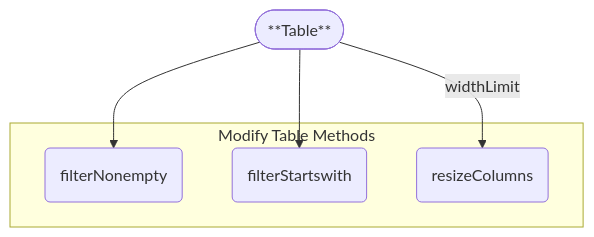
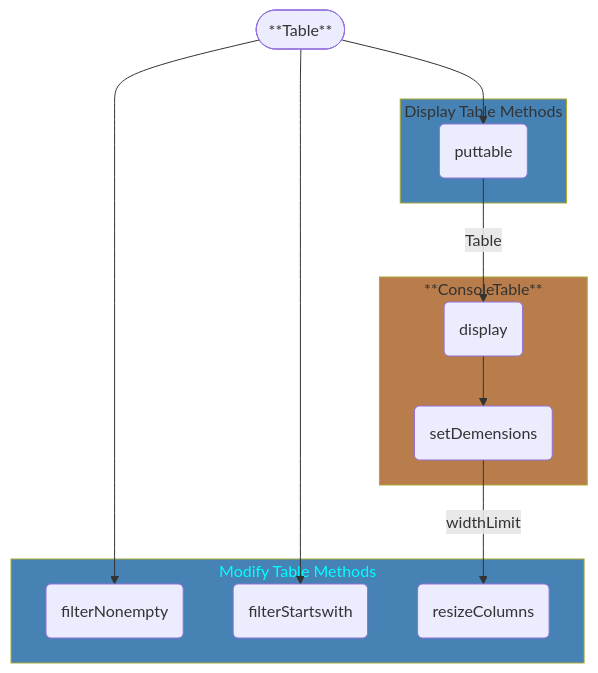
Before and after one commit to 7s4e/p3: diagram 12 of 20 in scripts/table/design.md, drawn with Mermaid. The commit also changed other lines of this file and 1 other file, not shown here.

````diff
--- a/scripts/table/design.md
+++ b/scripts/table/design.md
@@ -372,12 +377,25 @@
 ```mermaid
 graph
     TABL([**Table**])
         TABL --> FTNE
         TABL --> FTSW
-        TABL -- widthLimit --> RSZC
+        TABL --> PTBL
     subgraph m [Modify Table Methods]
+        style m fill:#4682b4,color:#0ff
         FTNE(filterNonempty)
         FTSW(filterStartswith)
         RSZC(resizeColumns)
     end
+    subgraph d [Display Table Methods]
+        style d fill:#4682b4
+        PTBL(puttable)
+    end
+    subgraph C [**ConsoleTable**]
+        style C fill:#b97d4b
+        DPLY(display)
+            PTBL -- Table --> DPLY
+            DPLY --> SDMN
+        SDMN(setDemensions)
+            SDMN -- widthLimit --> RSZC
+    end
 ```
````
